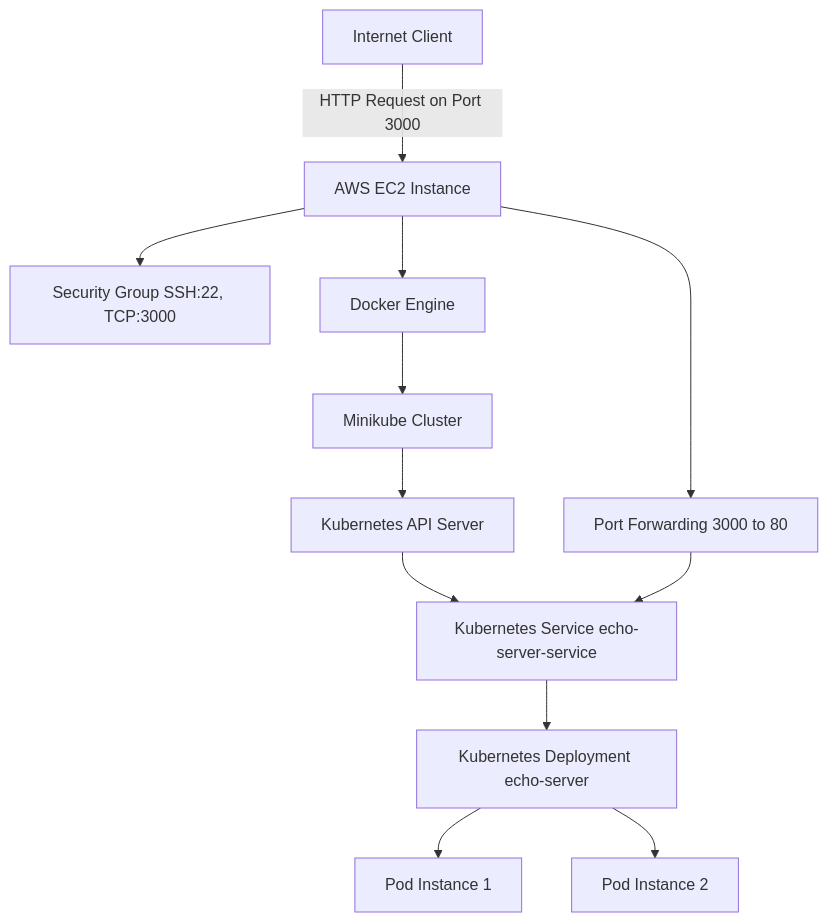
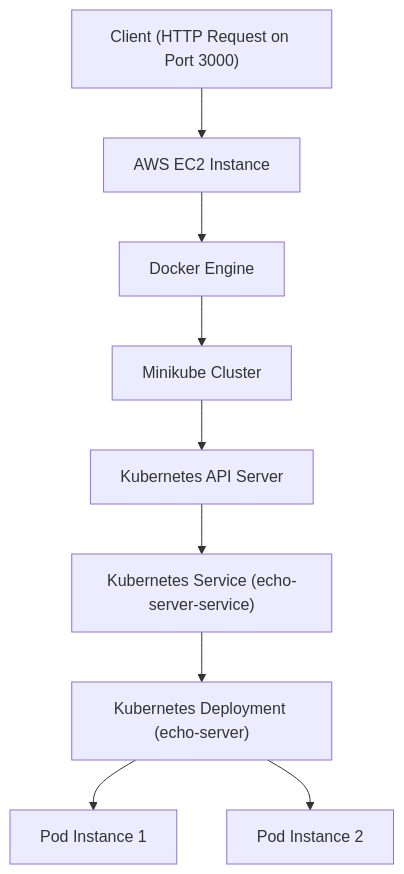
One commit to ilyas-elmi/Kubernetes changed the diagram in README.md. Above: the diagram before and after it, drawn with Mermaid.

````diff
--- a/README.md
+++ b/README.md
@@ -31,14 +31,11 @@
 ```mermaid
-graph TD
-    A[Internet Client] -->|HTTP Request on Port 3000| B[AWS EC2 Instance]
-    B --> C[Security Group SSH:22, TCP:3000]
-    B --> D[Port Forwarding 3000 to 80]
-    B --> E[Docker Engine]
-    E --> F[Minikube Cluster]
-    F --> G[Kubernetes API Server]
-    G --> H[Kubernetes Service echo-server-service]
-    H --> I[Kubernetes Deployment echo-server]
-    I --> J[Pod Instance 1]
-    I --> K[Pod Instance 2]
-    D --> H
+flowchart TD
+    A["Client (HTTP Request on Port 3000)"] --> B["AWS EC2 Instance"]
+    B --> C["Docker Engine"]
+    C --> D["Minikube Cluster"]
+    D --> E["Kubernetes API Server"]
+    E --> F["Kubernetes Service (echo-server-service)"]
+    F --> G["Kubernetes Deployment (echo-server)"]
+    G --> H["Pod Instance 1"]
+    G --> I["Pod Instance 2"]
 ```
````
